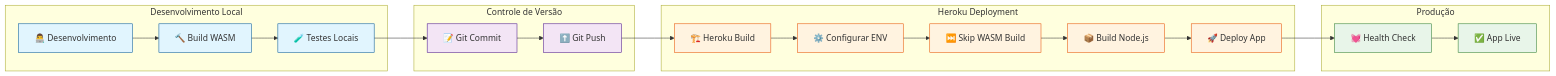
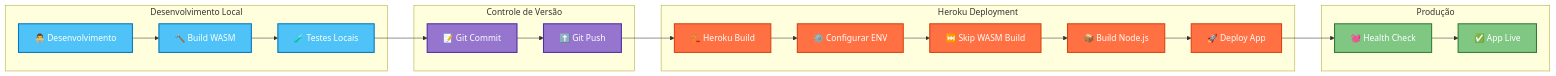
The sixth of 6 diagrams in .context/system-architecture.md (acauanrr/wasm-fingerprint), drawn with Mermaid before and after one commit. The commit also changed other lines of this file, not shown here.

First line of the commit message:
Improve diagram color palettes for better readability

````diff
--- a/.context/system-architecture.md
+++ b/.context/system-architecture.md
@@ -496,35 +496,35 @@
 ```mermaid
 flowchart LR
     subgraph "Desenvolvimento Local"
         DEV[👨‍💻 Desenvolvimento] --> BUILD[🔨 Build WASM]
         BUILD --> TEST[🧪 Testes Locais]
     end
 
     subgraph "Controle de Versão"
         TEST --> GIT[📝 Git Commit]
         GIT --> PUSH[⬆️ Git Push]
     end
 
     subgraph "Heroku Deployment"
         PUSH --> HEROKU_BUILD[🏗️ Heroku Build]
         HEROKU_BUILD --> ENV_CONFIG[⚙️ Configurar ENV]
         ENV_CONFIG --> WASM_SKIP[⏭️ Skip WASM Build]
         WASM_SKIP --> NODE_BUILD[📦 Build Node.js]
         NODE_BUILD --> DEPLOY[🚀 Deploy App]
     end
 
     subgraph "Produção"
         DEPLOY --> HEALTH[💓 Health Check]
         HEALTH --> LIVE[✅ App Live]
     end
 
-    classDef dev fill:#e1f5fe,stroke:#01579b
-    classDef git fill:#f3e5f5,stroke:#4a148c
-    classDef heroku fill:#fff3e0,stroke:#e65100
-    classDef prod fill:#e8f5e9,stroke:#2e7d32
+    classDef dev fill:#4fc3f7,stroke:#0277bd,stroke-width:2px,color:#fff
+    classDef git fill:#9575cd,stroke:#512da8,stroke-width:2px,color:#fff
+    classDef heroku fill:#ff7043,stroke:#d84315,stroke-width:2px,color:#fff
+    classDef prod fill:#81c784,stroke:#2e7d32,stroke-width:2px,color:#fff
 
     class DEV,BUILD,TEST dev
     class GIT,PUSH git
     class HEROKU_BUILD,ENV_CONFIG,WASM_SKIP,NODE_BUILD,DEPLOY heroku
     class HEALTH,LIVE prod
 ```
````
